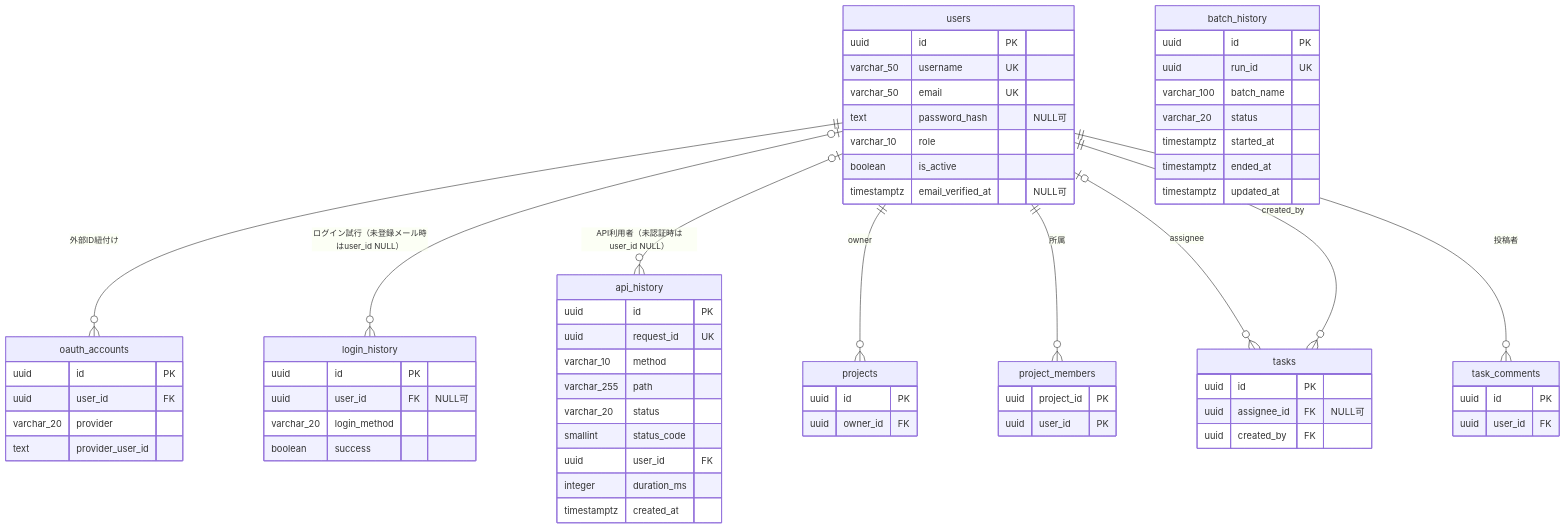
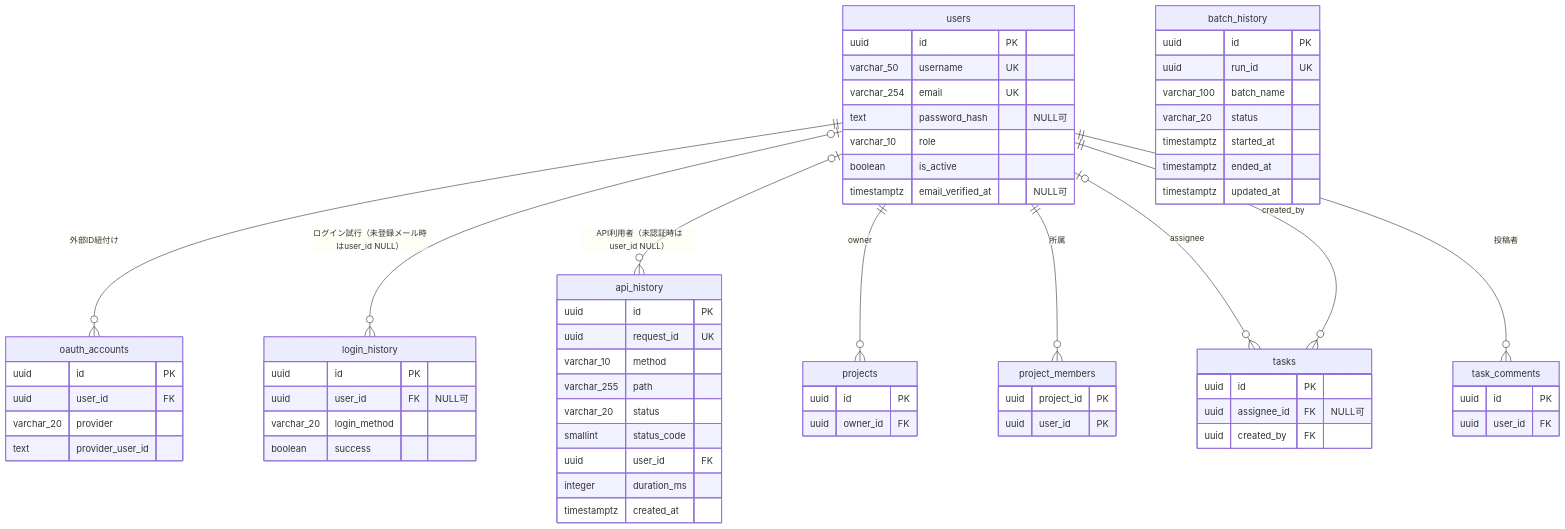
One commit to oikawa-d/task_management changed the diagram in docs/detailed_design/database/00_policy.md. Above: the diagram before and after it, drawn with Mermaid. The commit also changed 21 other files, not shown here.

````diff
--- a/docs/detailed_design/database/00_policy.md
+++ b/docs/detailed_design/database/00_policy.md
@@ -130,70 +130,70 @@
 ```mermaid
 erDiagram
     users ||--o{ oauth_accounts : "外部ID紐付け"
     users |o--o{ login_history : "ログイン試行（未登録メール時はuser_id NULL）"
     users |o--o{ api_history : "API利用者（未認証時はuser_id NULL）"
     users ||--o{ projects : "owner"
     users ||--o{ project_members : "所属"
     users |o--o{ tasks : "assignee"
     users ||--o{ tasks : "created_by"
     users ||--o{ task_comments : "投稿者"
 
     users {
         uuid id PK
         varchar_50 username UK
-        varchar_50 email UK
+        varchar_254 email UK
         text password_hash "NULL可"
         varchar_10 role
         boolean is_active
         timestamptz email_verified_at "NULL可"
     }
     oauth_accounts {
         uuid id PK
         uuid user_id FK
         varchar_20 provider
         text provider_user_id
     }
     login_history {
         uuid id PK
         uuid user_id FK "NULL可"
         varchar_20 login_method
         boolean success
     }
     api_history {
         uuid id PK
         uuid request_id UK
         varchar_10 method
         varchar_255 path
         varchar_20 status
         smallint status_code
         uuid user_id FK
         integer duration_ms
         timestamptz created_at
     }
     batch_history {
         uuid id PK
         uuid run_id UK
         varchar_100 batch_name
         varchar_20 status
         timestamptz started_at
         timestamptz ended_at
         timestamptz updated_at
     }
     projects {
         uuid id PK
         uuid owner_id FK
     }
     project_members {
         uuid project_id PK
         uuid user_id PK
     }
     tasks {
         uuid id PK
         uuid assignee_id FK "NULL可"
         uuid created_by FK
     }
     task_comments {
         uuid id PK
         uuid user_id FK
     }
 ```
````
